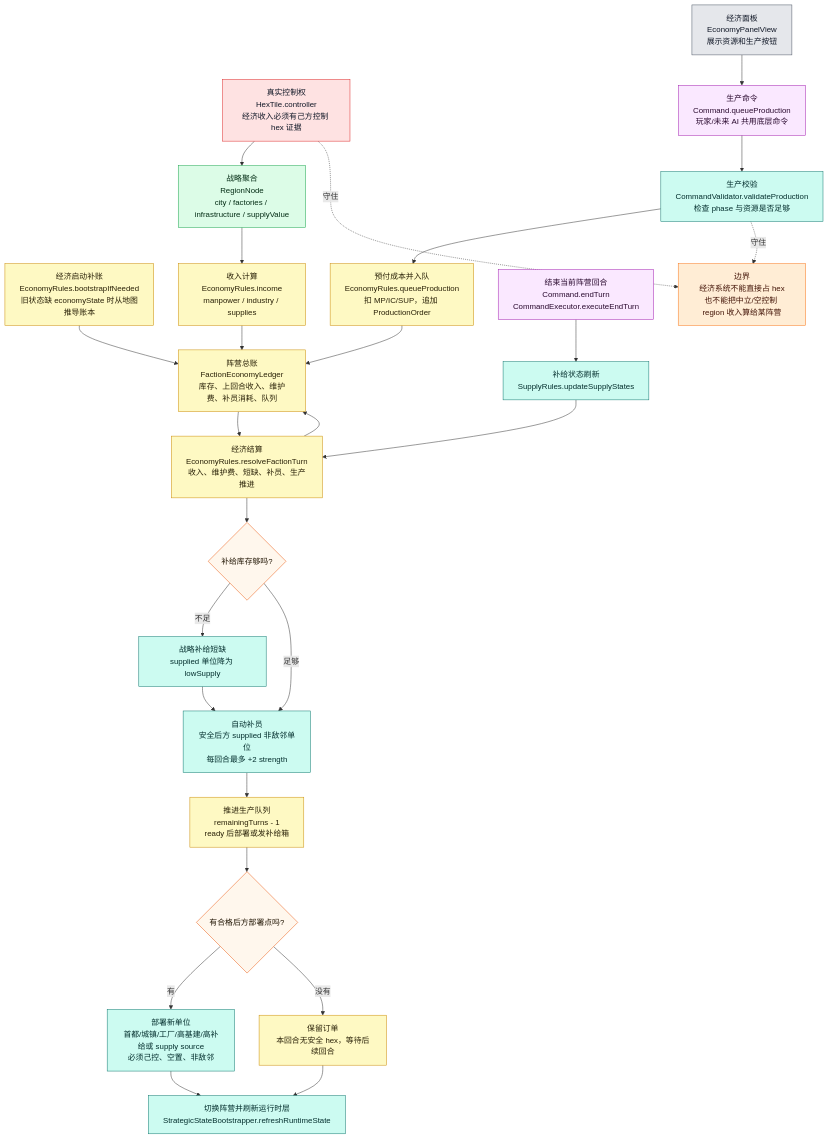
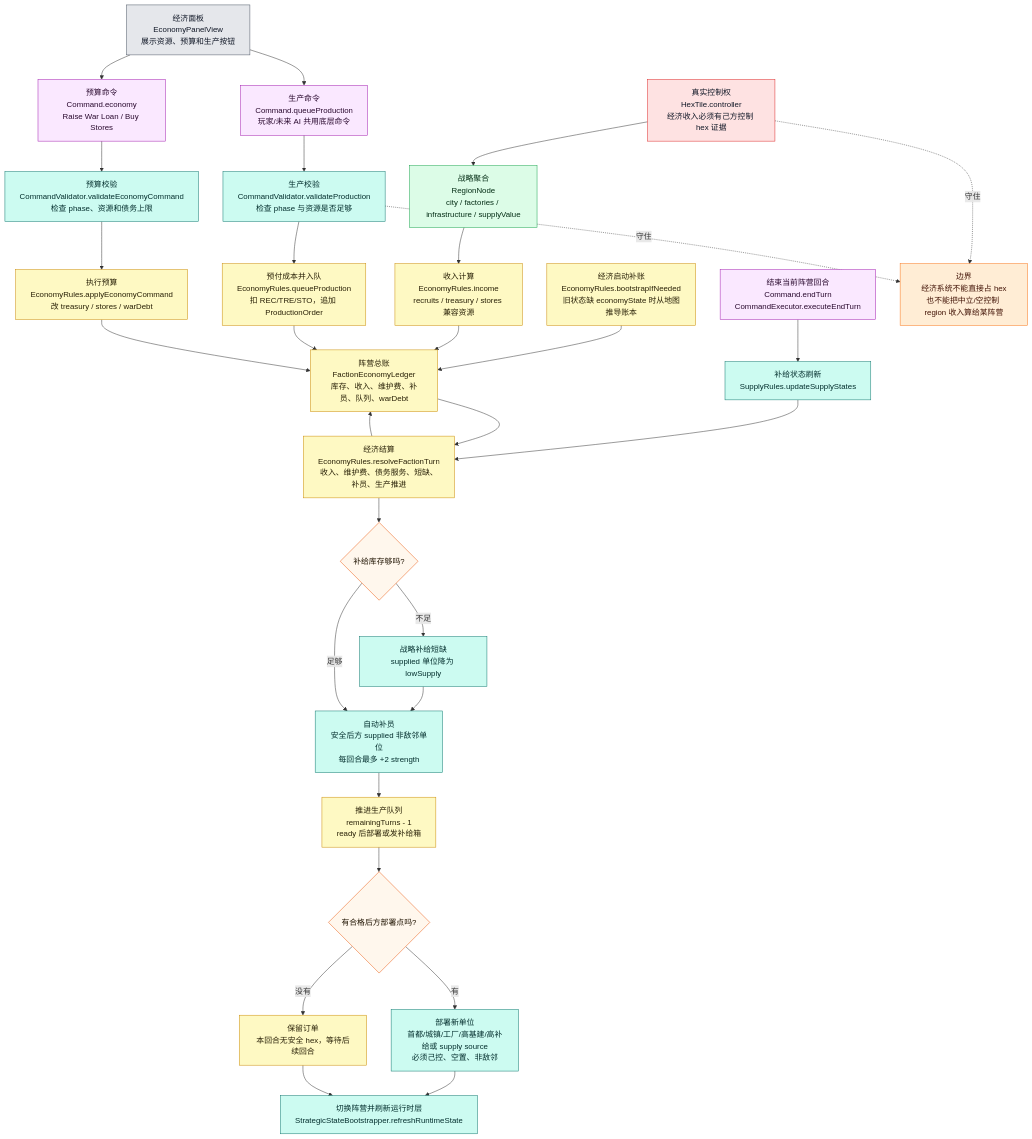
One commit to Altman-sam114/126 changed the fourth of 9 diagrams in md/flow/flowchart.md. Above: the diagram before and after it, drawn with Mermaid. The commit also changed other lines of this file and 13 other files, not shown here.

Commit message:
feat(economy): add budget commands

````diff
--- a/md/flow/flowchart.md
+++ b/md/flow/flowchart.md
@@ -206,51 +206,55 @@
 ```mermaid
 flowchart TD
     BOOT["经济启动补账<br/>EconomyRules.bootstrapIfNeeded<br/>旧状态缺 economyState 时从地图推导账本"]:::economy
     HEX["真实控制权<br/>HexTile.controller<br/>经济收入必须有己方控制 hex 证据"]:::authority
     REGION["战略聚合<br/>RegionNode<br/>city / factories / infrastructure / supplyValue"]:::derived
-    INCOME["收入计算<br/>EconomyRules.income<br/>manpower / industry / supplies"]:::economy
-    LEDGER["阵营总账<br/>FactionEconomyLedger<br/>库存、上回合收入、维护费、补员消耗、队列"]:::economy
+    INCOME["收入计算<br/>EconomyRules.income<br/>recruits / treasury / stores 兼容资源"]:::economy
+    LEDGER["阵营总账<br/>FactionEconomyLedger<br/>库存、收入、维护费、补员、队列、warDebt"]:::economy
 
-    UI["经济面板<br/>EconomyPanelView<br/>展示资源和生产按钮"]:::ui
+    UI["经济面板<br/>EconomyPanelView<br/>展示资源、预算和生产按钮"]:::ui
     QUEUE["生产命令<br/>Command.queueProduction<br/>玩家/未来 AI 共用底层命令"]:::command
     VALIDATE["生产校验<br/>CommandValidator.validateProduction<br/>检查 phase 与资源是否足够"]:::rules
-    PAY["预付成本并入队<br/>EconomyRules.queueProduction<br/>扣 MP/IC/SUP，追加 ProductionOrder"]:::economy
+    PAY["预付成本并入队<br/>EconomyRules.queueProduction<br/>扣 REC/TRE/STO，追加 ProductionOrder"]:::economy
+    BUDGET["预算命令<br/>Command.economy<br/>Raise War Loan / Buy Stores"]:::command
+    BVALID["预算校验<br/>CommandValidator.validateEconomyCommand<br/>检查 phase、资源和债务上限"]:::rules
+    APPLYB["执行预算<br/>EconomyRules.applyEconomyCommand<br/>改 treasury / stores / warDebt"]:::economy
 
     END["结束当前阵营回合<br/>Command.endTurn<br/>CommandExecutor.executeEndTurn"]:::command
     SUPPLY["补给状态刷新<br/>SupplyRules.updateSupplyStates"]:::rules
-    RESOLVE["经济结算<br/>EconomyRules.resolveFactionTurn<br/>收入、维护费、短缺、补员、生产推进"]:::economy
+    RESOLVE["经济结算<br/>EconomyRules.resolveFactionTurn<br/>收入、维护费、债务服务、短缺、补员、生产推进"]:::economy
     SHORT{"补给库存够吗?"}:::decision
     LOW["战略补给短缺<br/>supplied 单位降为 lowSupply"]:::rules
     REINF["自动补员<br/>安全后方 supplied 非敌邻单位<br/>每回合最多 +2 strength"]:::rules
     PROD["推进生产队列<br/>remainingTurns - 1<br/>ready 后部署或发补给箱"]:::economy
     DEPLOY{"有合格后方部署点吗?"}:::decision
     SPAWN["部署新单位<br/>首都/城镇/工厂/高基建/高补给或 supply source<br/>必须己控、空置、非敌邻"]:::rules
     WAIT["保留订单<br/>本回合无安全 hex，等待后续回合"]:::economy
     NEXT["切换阵营并刷新运行时层<br/>StrategicStateBootstrapper.refreshRuntimeState"]:::rules
 
     BOOT --> LEDGER
     HEX --> REGION --> INCOME --> LEDGER
     UI --> QUEUE --> VALIDATE --> PAY --> LEDGER
+    UI --> BUDGET --> BVALID --> APPLYB --> LEDGER
     END --> SUPPLY --> RESOLVE
     LEDGER --> RESOLVE
     RESOLVE --> SHORT
     SHORT -->|不足| LOW --> REINF
     SHORT -->|足够| REINF
     REINF --> PROD --> DEPLOY
     DEPLOY -->|有| SPAWN --> NEXT
     DEPLOY -->|没有| WAIT --> NEXT
     RESOLVE --> LEDGER
 
     WARN["边界<br/>经济系统不能直接占 hex<br/>也不能把中立/空控制 region 收入算给某阵营"]:::warn
     HEX -.守住.-> WARN
     VALIDATE -.守住.-> WARN
 
     classDef authority fill:#fee2e2,stroke:#dc2626,color:#111827
     classDef derived fill:#dcfce7,stroke:#16a34a,color:#052e16
     classDef economy fill:#fef9c3,stroke:#ca8a04,color:#292107
     classDef command fill:#fae8ff,stroke:#a21caf,color:#2a0a2f
     classDef rules fill:#ccfbf1,stroke:#0f766e,color:#042f2e
     classDef decision fill:#fff7ed,stroke:#ea580c,color:#1f1300
     classDef ui fill:#e5e7eb,stroke:#4b5563,color:#111827
     classDef warn fill:#ffedd5,stroke:#f97316,color:#431407
 ```
````
